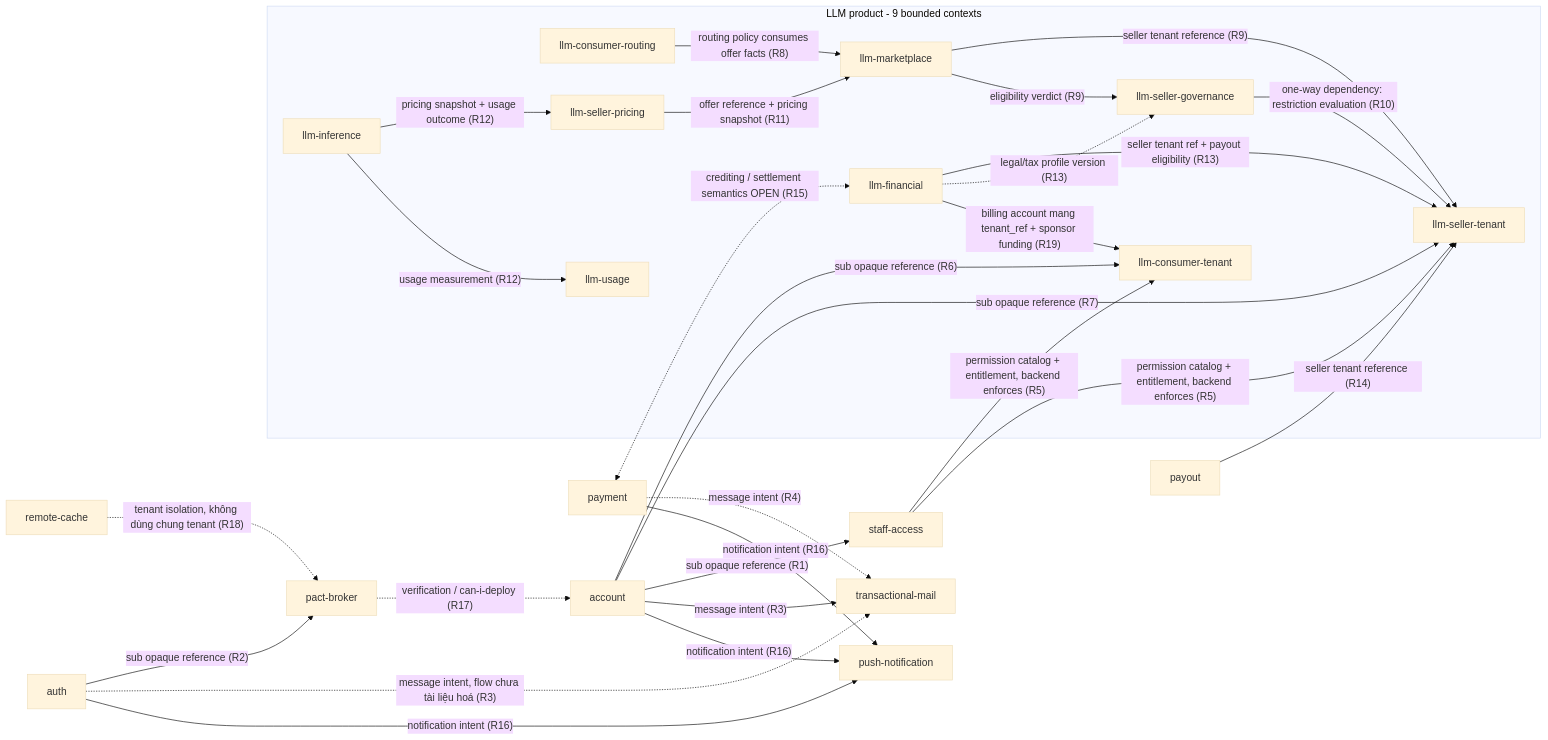
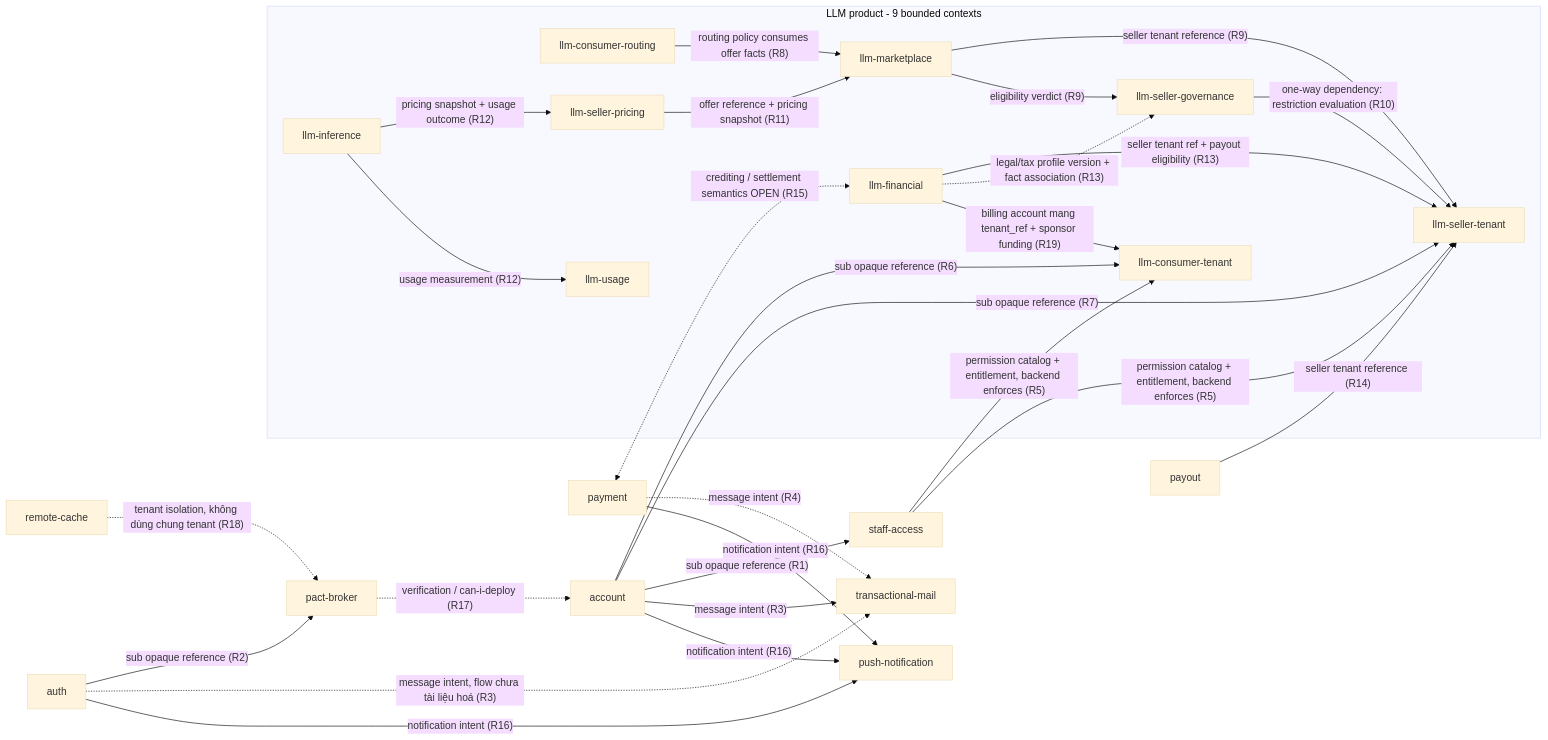
Before and after one commit to ecoma-io/ecoma: the diagram in docs/domains/context-map.md, drawn with Mermaid (base theme). The commit also changed other lines of this file and 18 other files, not shown here.

````diff
--- a/docs/domains/context-map.md
+++ b/docs/domains/context-map.md
@@ -24,50 +24,50 @@
 ```mermaid
 flowchart LR
   account[account]
   auth[auth]
   staffAccess[staff-access]
   pact[pact-broker]
   mail[transactional-mail]
   push[push-notification]
   subgraph llm[LLM product - 9 bounded contexts]
     consumerTenant[llm-consumer-tenant]
     consumerRouting[llm-consumer-routing]
     sellerTenant[llm-seller-tenant]
     sellerGovernance[llm-seller-governance]
     marketplace[llm-marketplace]
     sellerPricing[llm-seller-pricing]
     inference[llm-inference]
     usage[llm-usage]
     financial[llm-financial]
   end
   payment[payment]
   payout[payout]
   remoteCache[remote-cache]
 
   account -- "sub opaque reference (R1)" --> staffAccess
   auth -- "sub opaque reference (R2)" --> pact
   account -- "message intent (R3)" --> mail
   auth -. "message intent, flow chưa tài liệu hoá (R3)" .-> mail
   payment -. "message intent (R4)" .-> mail
   staffAccess -- "permission catalog + entitlement, backend enforces (R5)" --> consumerTenant
   staffAccess -- "permission catalog + entitlement, backend enforces (R5)" --> sellerTenant
   account -- "sub opaque reference (R6)" --> consumerTenant
   account -- "sub opaque reference (R7)" --> sellerTenant
   consumerRouting -- "routing policy consumes offer facts (R8)" --> marketplace
   marketplace -- "seller tenant reference (R9)" --> sellerTenant
   marketplace -- "eligibility verdict (R9)" --> sellerGovernance
   sellerGovernance -- "one-way dependency: restriction evaluation (R10)" --> sellerTenant
   sellerPricing -- "offer reference + pricing snapshot (R11)" --> marketplace
   inference -- "pricing snapshot + usage outcome (R12)" --> sellerPricing
   inference -- "usage measurement (R12)" --> usage
   financial -- "seller tenant ref + payout eligibility (R13)" --> sellerTenant
-  financial -. "legal/tax profile version (R13)" .-> sellerGovernance
+  financial -. "legal/tax profile version + fact association (R13)" .-> sellerGovernance
   payout -- "seller tenant reference (R14)" --> sellerTenant
   payment <-. "crediting / settlement semantics OPEN (R15)" .-> financial
   account -- "notification intent (R16)" --> push
   auth -- "notification intent (R16)" --> push
   payment -- "notification intent (R16)" --> push
   pact -. "verification / can-i-deploy (R17)" .-> account
   remoteCache -. "tenant isolation, không dùng chung tenant (R18)" .-> pact
   financial -- "billing account mang tenant_ref + sponsor funding (R19)" --> consumerTenant
 ```
````
